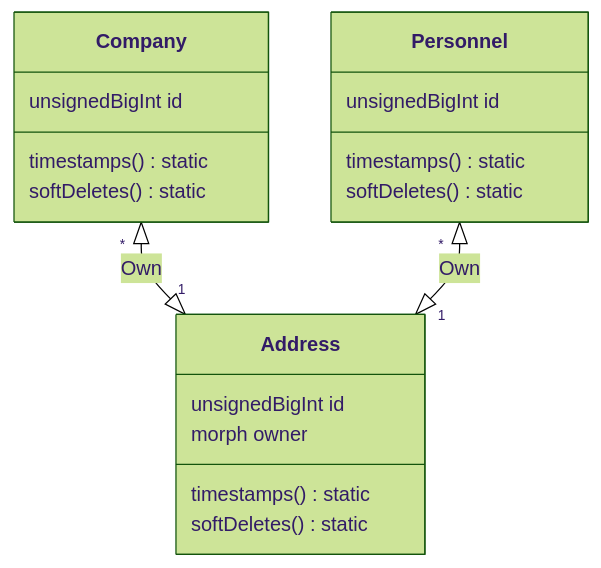
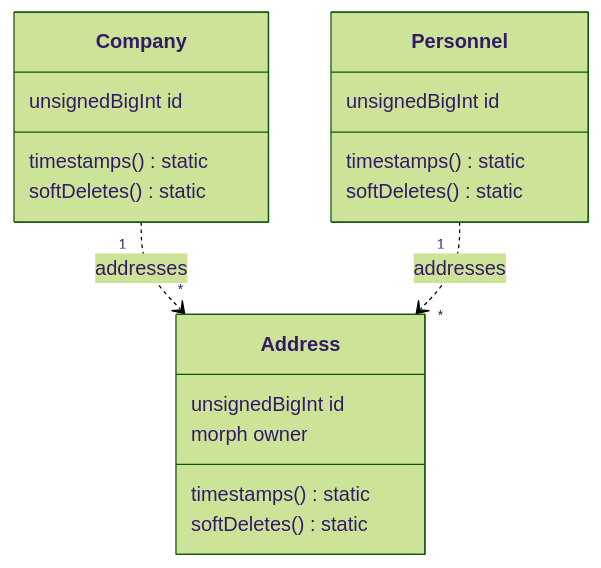
Before and after one commit to creasico/laravel-base: the fifth of 6 diagrams in database/README.md, drawn with Mermaid (forest theme). The commit also changed other lines of this file, not shown here.

````diff
--- a/database/README.md
+++ b/database/README.md
@@ -268,21 +299,21 @@
 ```mermaid
 classDiagram
-    Company "*" <|--|> "1" Address : Own
-    Personnel "*" <|--|> "1" Address : Own
+    Company "1" ..> "*" Address : addresses
+    Personnel "1" ..> "*" Address : addresses
     class Address {
         unsignedBigInt id
         morph owner
         timestamps() static
         softDeletes() static
     }
     class Company {
         unsignedBigInt id
         timestamps() static
         softDeletes() static
     }
     class Personnel {
         unsignedBigInt id
         timestamps() static
         softDeletes() static
     }
 ```
````
